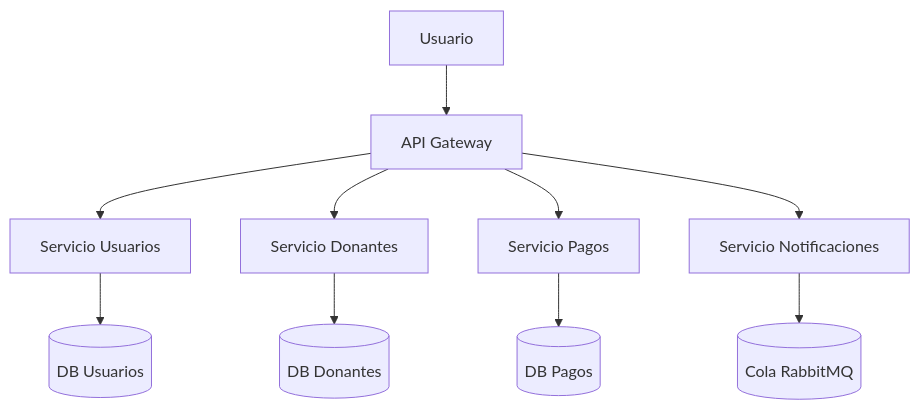
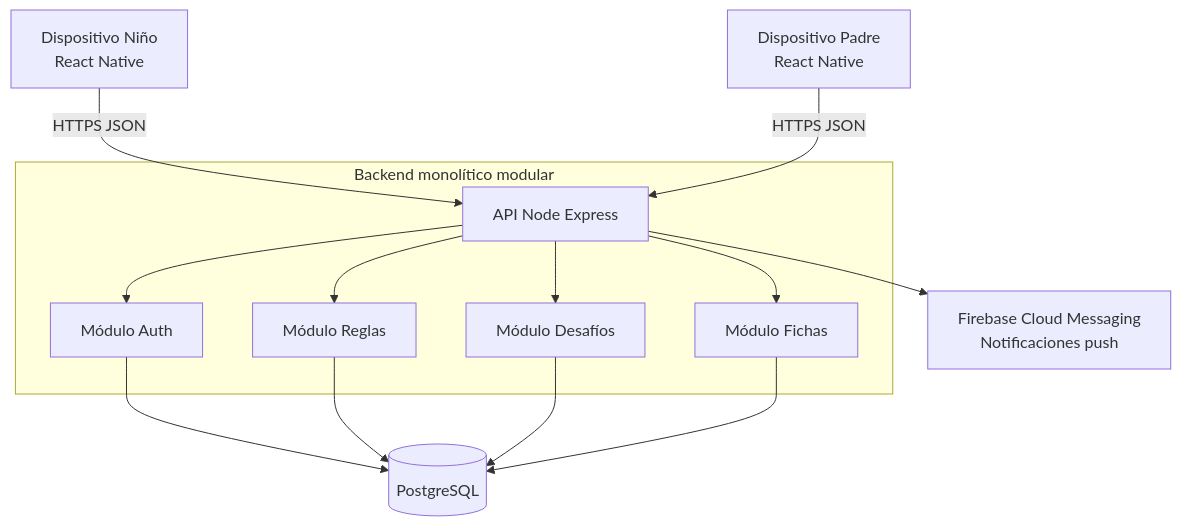
Before and after one commit to Umbingelelo/ejercicios-portafolio_titulo-001V: the eighth of 14 diagrams in Ejercicio_6_Patrones_Arquitectura_y_Despliegue.md, drawn with Mermaid. The commit also changed other lines of this file, not shown here.

````diff
--- a/Ejercicio_6_Patrones_Arquitectura_y_Despliegue.md
+++ b/Ejercicio_6_Patrones_Arquitectura_y_Despliegue.md
@@ -1762,12 +1322,18 @@
 ```mermaid
 flowchart TB
-    U[Usuario] --> GW[API Gateway]
-    GW --> S1[Servicio Usuarios]
-    GW --> S2[Servicio Donantes]
-    GW --> S3[Servicio Pagos]
-    GW --> S4[Servicio Notificaciones]
-    S1 --> DB1[(DB Usuarios)]
-    S2 --> DB2[(DB Donantes)]
-    S3 --> DB3[(DB Pagos)]
-    S4 --> Q[(Cola RabbitMQ)]
+    D1[Dispositivo Niño<br/>React Native]
+    D2[Dispositivo Padre<br/>React Native]
+    D1 -->|HTTPS JSON| API[API Node Express]
+    D2 -->|HTTPS JSON| API
+    subgraph "Backend monolítico modular"
+        API --> AUTH[Módulo Auth]
+        API --> REG[Módulo Reglas]
+        API --> DES[Módulo Desafíos]
+        API --> FIC[Módulo Fichas]
+    end
+    AUTH --> DB[(PostgreSQL)]
+    REG --> DB
+    DES --> DB
+    FIC --> DB
+    API --> PUSH[Firebase Cloud Messaging<br/>Notificaciones push]
 ```
````
